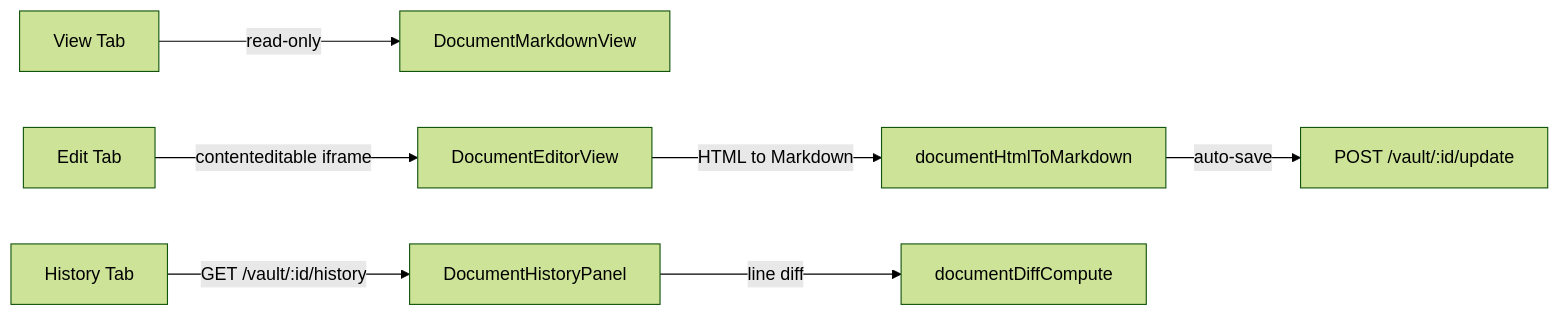
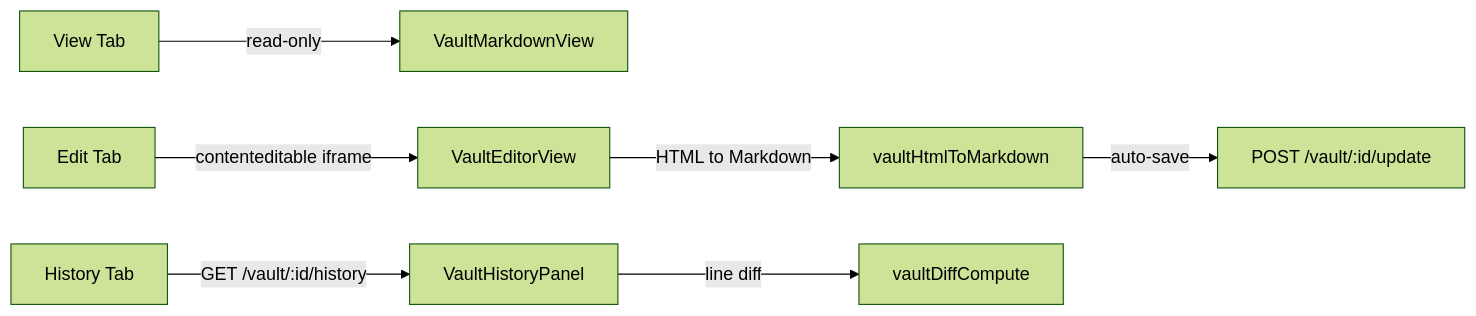
One commit to ex3ndr/daycare changed the fourth of 4 diagrams in doc/documents.md. Above: the diagram before and after it, drawn with Mermaid (forest theme). The commit also changed other lines of this file and 186 other files, not shown here.

````diff
--- a/doc/documents.md
+++ b/doc/documents.md
@@ -95,9 +95,9 @@
 ```mermaid
 flowchart LR
-    A[View Tab] -->|read-only| B[DocumentMarkdownView]
-    C[Edit Tab] -->|contenteditable iframe| D[DocumentEditorView]
-    D -->|HTML to Markdown| E[documentHtmlToMarkdown]
+    A[View Tab] -->|read-only| B[VaultMarkdownView]
+    C[Edit Tab] -->|contenteditable iframe| D[VaultEditorView]
+    D -->|HTML to Markdown| E[vaultHtmlToMarkdown]
     E -->|auto-save| F[POST /vault/:id/update]
-    G[History Tab] -->|GET /vault/:id/history| H[DocumentHistoryPanel]
-    H -->|line diff| I[documentDiffCompute]
+    G[History Tab] -->|GET /vault/:id/history| H[VaultHistoryPanel]
+    H -->|line diff| I[vaultDiffCompute]
 ```
````
